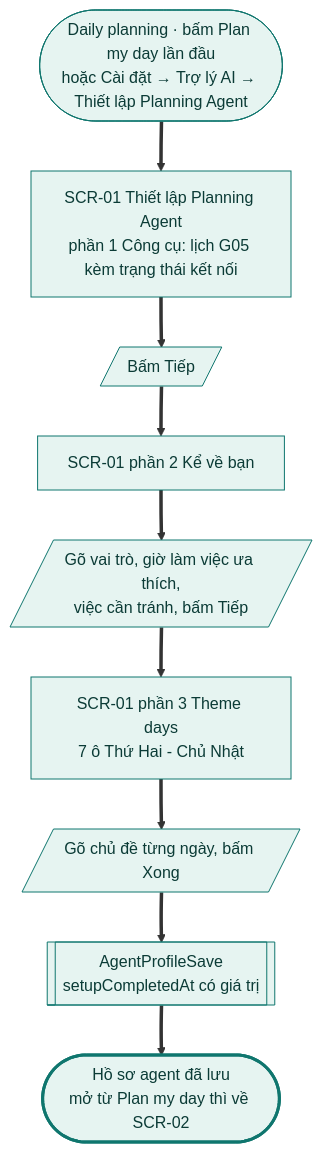
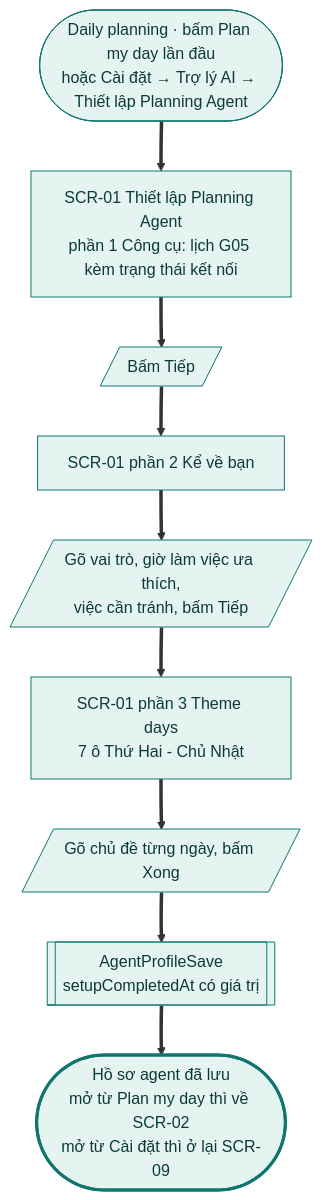
Before and after one commit to tannguyenho/personal-app: the first of 29 diagrams in docs/design-brief/flow/g10-tro-ly-ai.md, drawn with Mermaid. The commit also changed other lines of this file and 6 other files, not shown here.

First line of the commit message:
docs(G01, G10): áp quyết định PO 09/11 vào SRS, PRD, flow; IA trỏ mã mới

````diff
--- a/docs/design-brief/flow/g10-tro-ly-ai.md
+++ b/docs/design-brief/flow/g10-tro-ly-ai.md
@@ -35,26 +35,26 @@
 ```mermaid
 flowchart TD
   start(["Daily planning · bấm Plan my day lần đầu<br/>hoặc Cài đặt → Trợ lý AI → Thiết lập Planning Agent"])
   s1["SCR-01 Thiết lập Planning Agent<br/>phần 1 Công cụ: lịch G05 kèm trạng thái kết nối"]
   u1[/"Bấm Tiếp"/]
   s2["SCR-01 phần 2 Kể về bạn"]
   u2[/"Gõ vai trò, giờ làm việc ưa thích,<br/>việc cần tránh, bấm Tiếp"/]
   s3["SCR-01 phần 3 Theme days<br/>7 ô Thứ Hai - Chủ Nhật"]
   u3[/"Gõ chủ đề từng ngày, bấm Xong"/]
   p1[["AgentProfileSave<br/>setupCompletedAt có giá trị"]]
-  ok(["Hồ sơ agent đã lưu<br/>mở từ Plan my day thì về SCR-02"])
+  ok(["Hồ sơ agent đã lưu<br/>mở từ Plan my day thì về SCR-02<br/>mở từ Cài đặt thì ở lại SCR-09"])
 
   start ==> s1 ==> u1 ==> s2 ==> u2 ==> s3 ==> u3 ==> p1 ==> ok
 
   class start,s1,u1,s2,u2,s3,u3,p1 happy
   class ok done
   classDef happy fill:#E6F4F1,stroke:#0F766E,color:#0B3B36
   classDef alt fill:#F1F3F5,stroke:#6B7280,color:#1F2937
   classDef err fill:#FDECEC,stroke:#B42318,color:#5C1010
   classDef warn fill:#FEF4E2,stroke:#B45309,color:#4A2604
   classDef ai fill:#F1ECFD,stroke:#6D28D9,color:#2E1065
   classDef sync fill:#FFFFFF,stroke:#6B7280,stroke-dasharray:4 3,color:#1F2937
   classDef link fill:#FFFFFF,stroke:#0F766E,stroke-dasharray:4 3,color:#0B3B36
   classDef done fill:#E6F4F1,stroke:#0F766E,stroke-width:3px,color:#0B3B36
   classDef fail fill:#FDECEC,stroke:#B42318,stroke-width:3px,color:#5C1010
 ```
````
